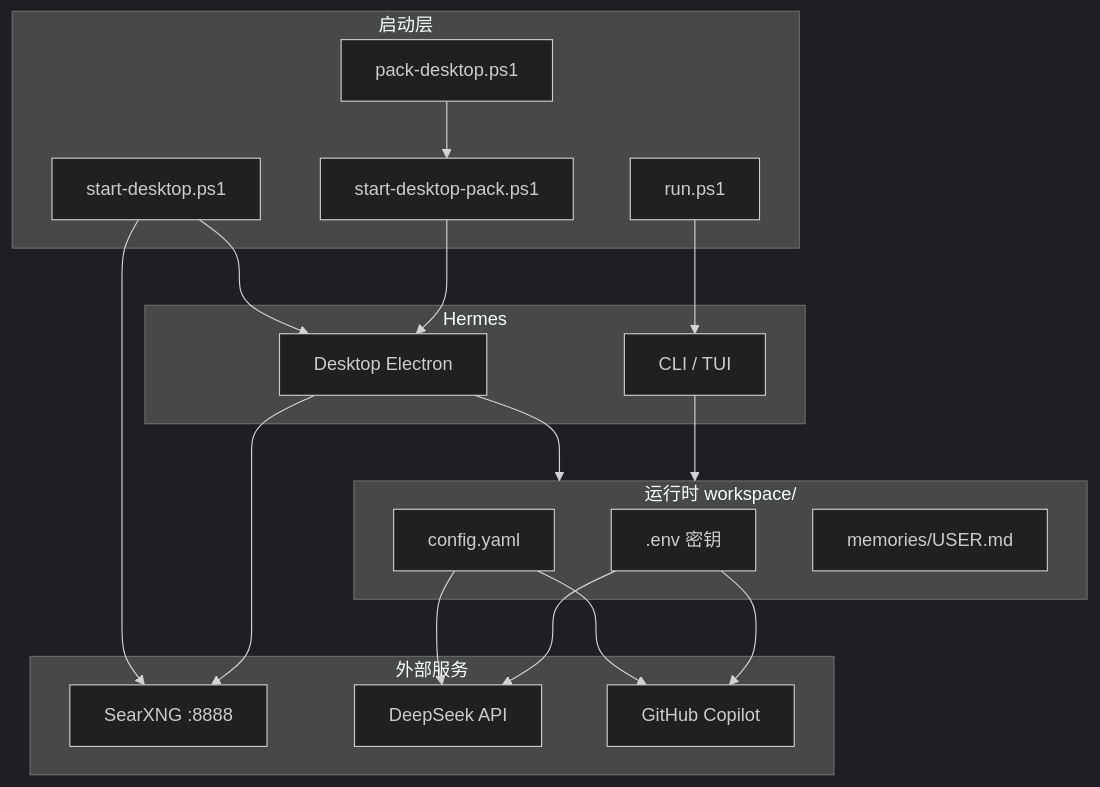
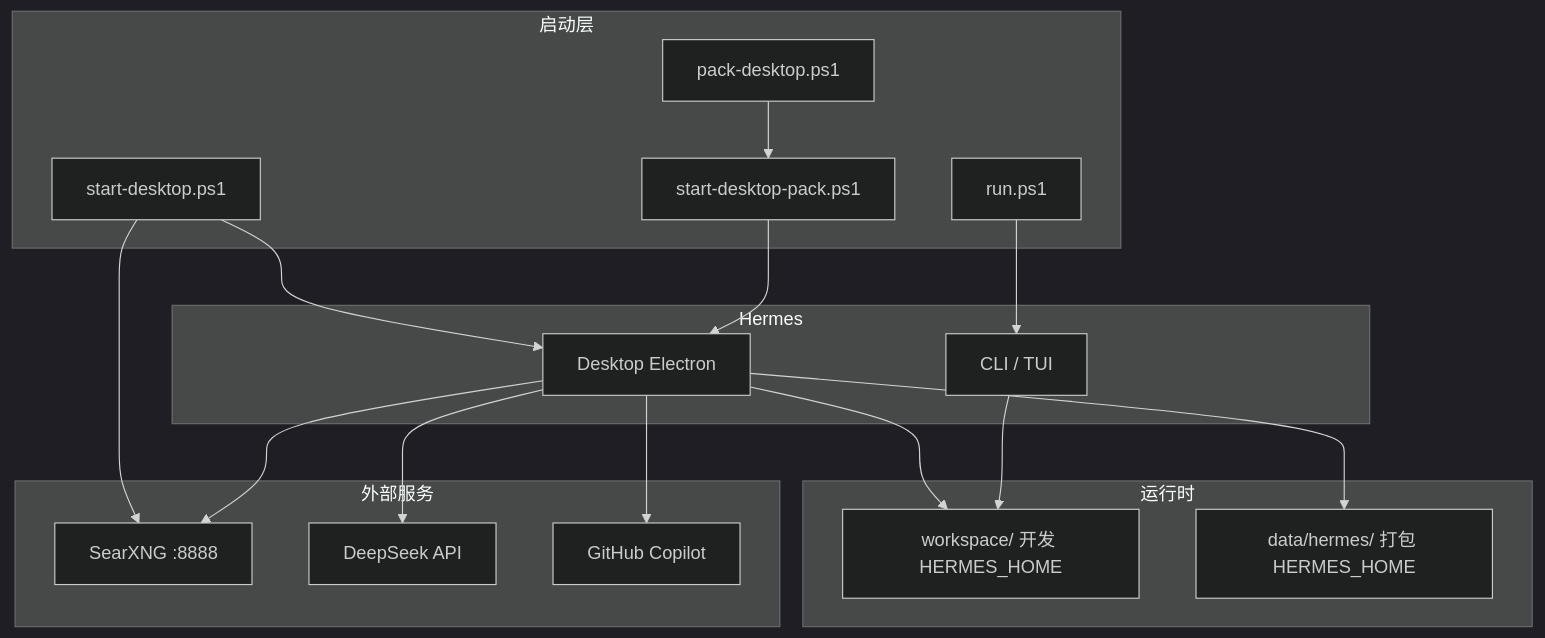
One commit to JFM-2005/JFM_HermesAgent_v0.1.0 changed the diagram in README.md. Above: the diagram before and after it, drawn with Mermaid (dark theme). The commit also changed other lines of this file and 22 other files, not shown here.

Commit message:
release: v0.1.2 便携单 exe、UI 个性化与开发任务栏图标

````diff
--- a/README.md
+++ b/README.md
@@ -32,39 +33,37 @@
 ```mermaid
 flowchart TB
   subgraph launch["启动层"]
     SD["start-desktop.ps1"]
     PK["pack-desktop.ps1"]
     SP["start-desktop-pack.ps1"]
     RP["run.ps1"]
   end
 
-  subgraph runtime["运行时 workspace/"]
-    ENV[".env 密钥"]
-    CFG["config.yaml"]
-    MEM["memories/USER.md"]
+  subgraph runtime["运行时"]
+    WS["workspace/ 开发 HERMES_HOME"]
+    DATA["data/hermes/ 打包 HERMES_HOME"]
   end
 
   subgraph services["外部服务"]
     SX["SearXNG :8888"]
     DS["DeepSeek API"]
     CP["GitHub Copilot"]
   end
 
   subgraph app["Hermes"]
     CLI["CLI / TUI"]
     DESK["Desktop Electron"]
   end
 
   SD --> SX
   SD --> DESK
   PK --> SP
   SP --> DESK
   RP --> CLI
-  DESK --> runtime
-  CLI --> runtime
-  CFG --> DS
-  CFG --> CP
-  ENV --> DS
-  ENV --> CP
+  DESK --> WS
+  DESK --> DATA
+  CLI --> WS
+  DESK --> DS
+  DESK --> CP
   DESK --> SX
 ```
````
